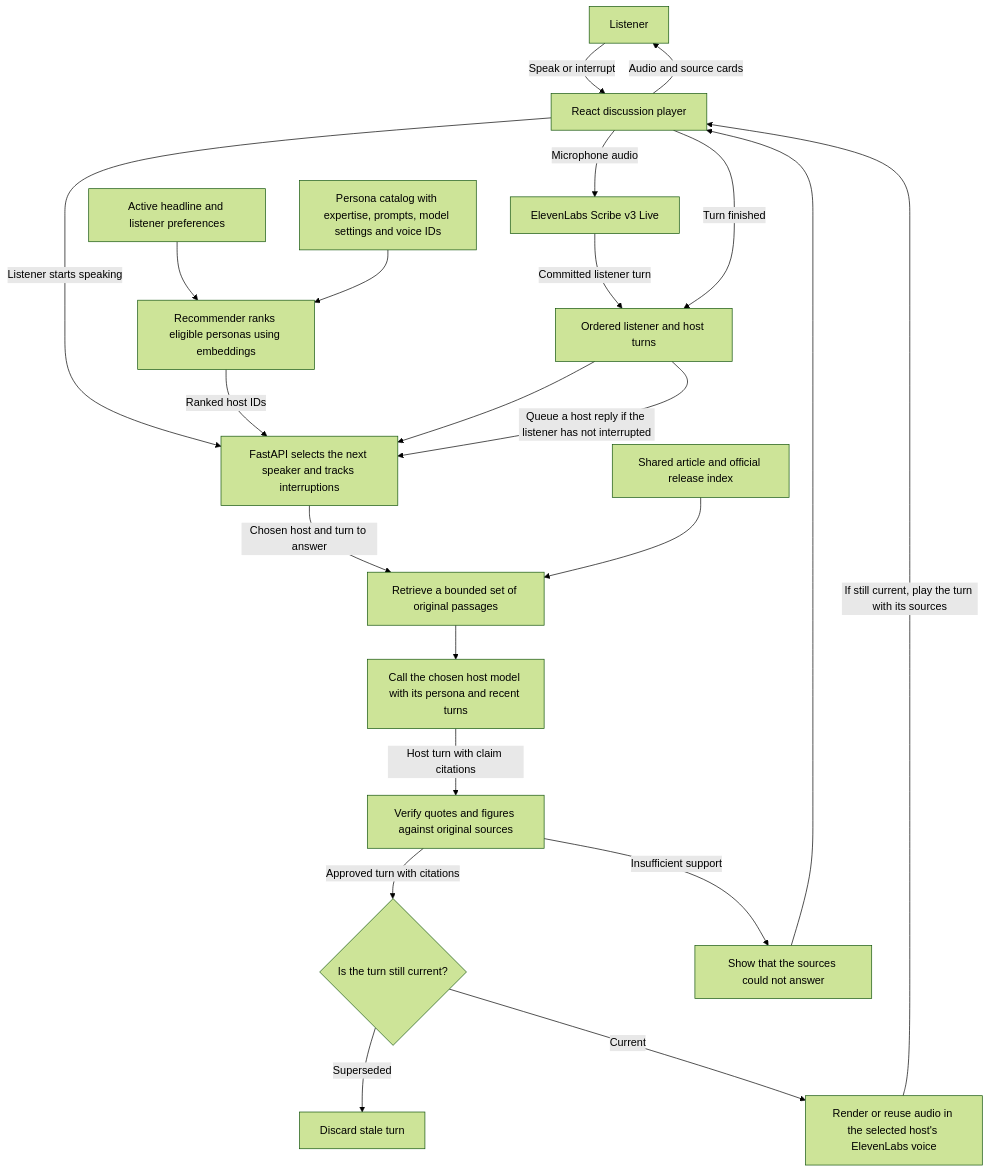
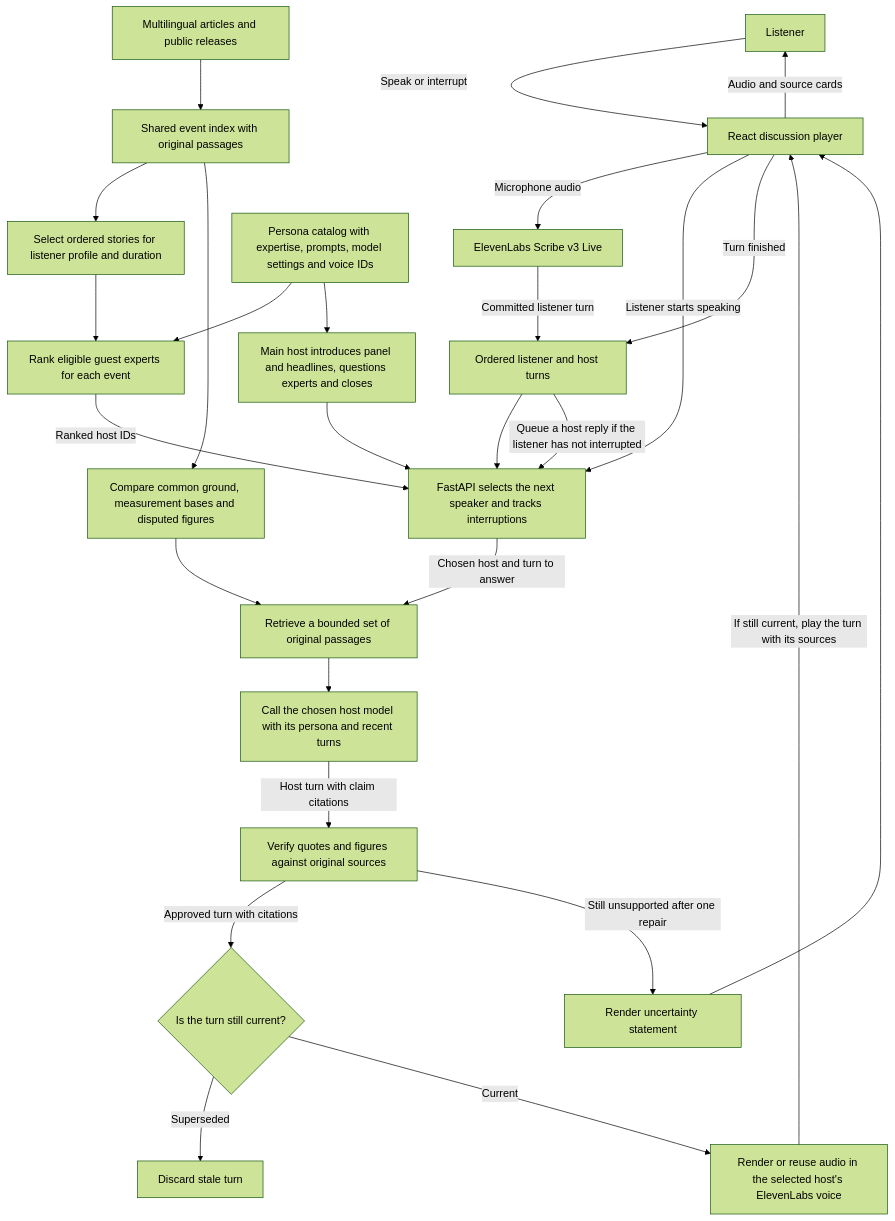
One commit to OmericoN/TIO changed the diagram in architecture.mmd. Above: the diagram before and after it, drawn with Mermaid (forest theme). The commit also changed 21 other files, not shown here.

```diff
--- a/architecture.mmd
+++ b/architecture.mmd
@@ -1,24 +1,29 @@
 flowchart TD
     PERSON["Listener"] -->|Speak or interrupt| PLAYER["React discussion player"]
     PLAYER -->|Microphone audio| STT["ElevenLabs Scribe v3 Live"]
     PLAYER -->|Listener starts speaking| SCHEDULE["FastAPI selects the next speaker and tracks interruptions"]
     STT -->|Committed listener turn| HISTORY
 
-    PROFILE["Active headline and listener preferences"] --> RECOMMENDER["Recommender ranks eligible personas using embeddings"]
+    CORPUS["Multilingual articles and public releases"] --> INDEX["Shared event index with original passages"]
+    INDEX --> RUNDOWN["Select ordered stories for listener profile and duration"]
+    RUNDOWN --> RECOMMENDER["Rank eligible guest experts for each event"]
     CATALOG["Persona catalog with expertise, prompts, model settings and voice IDs"] --> RECOMMENDER
+    CATALOG --> MODERATOR["Main host introduces panel and headlines, questions experts and closes"]
+    MODERATOR --> SCHEDULE
     RECOMMENDER -->|Ranked host IDs| SCHEDULE
     HISTORY["Ordered listener and host turns"] --> SCHEDULE
 
     SCHEDULE -->|Chosen host and turn to answer| LOOKUP["Retrieve a bounded set of original passages"]
-    INDEX["Shared article and official release index"] --> LOOKUP
+    INDEX --> REVIEW["Compare common ground, measurement bases and disputed figures"]
+    REVIEW --> LOOKUP
     LOOKUP --> HOST["Call the chosen host model with its persona and recent turns"]
     HOST -->|Host turn with claim citations| VERIFY["Verify quotes and figures against original sources"]
     VERIFY -->|Approved turn with citations| CURRENT{"Is the turn still current?"}
-    VERIFY -->|Insufficient support| STATUS["Show that the sources could not answer"]
+    VERIFY -->|Still unsupported after one repair| STATUS["Render uncertainty statement"]
     STATUS --> PLAYER
     CURRENT -->|Superseded| DROP["Discard stale turn"]
     CURRENT -->|Current| TTS["Render or reuse audio in the selected host's ElevenLabs voice"]
     TTS -->|If still current, play the turn with its sources| PLAYER
     PLAYER -->|Turn finished| HISTORY
     PLAYER -->|Audio and source cards| PERSON
     HISTORY -->|Queue a host reply if the listener has not interrupted| SCHEDULE
```
